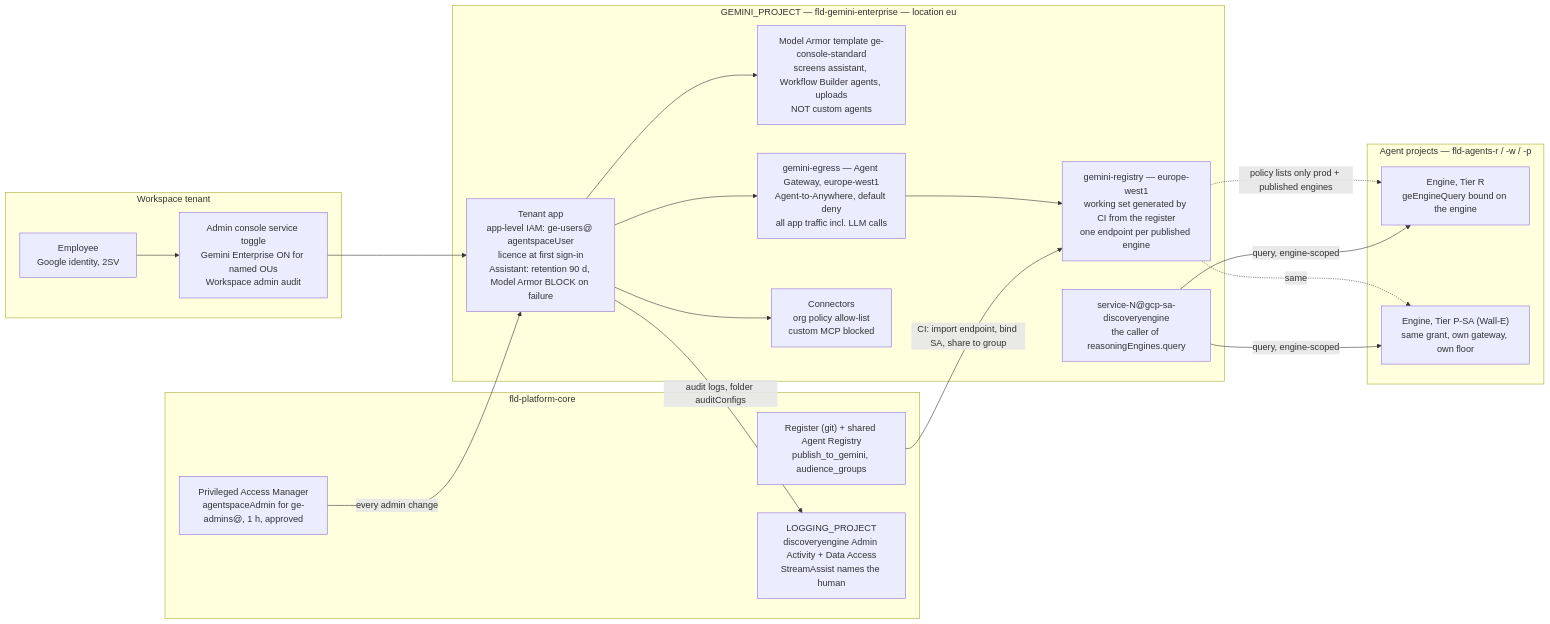
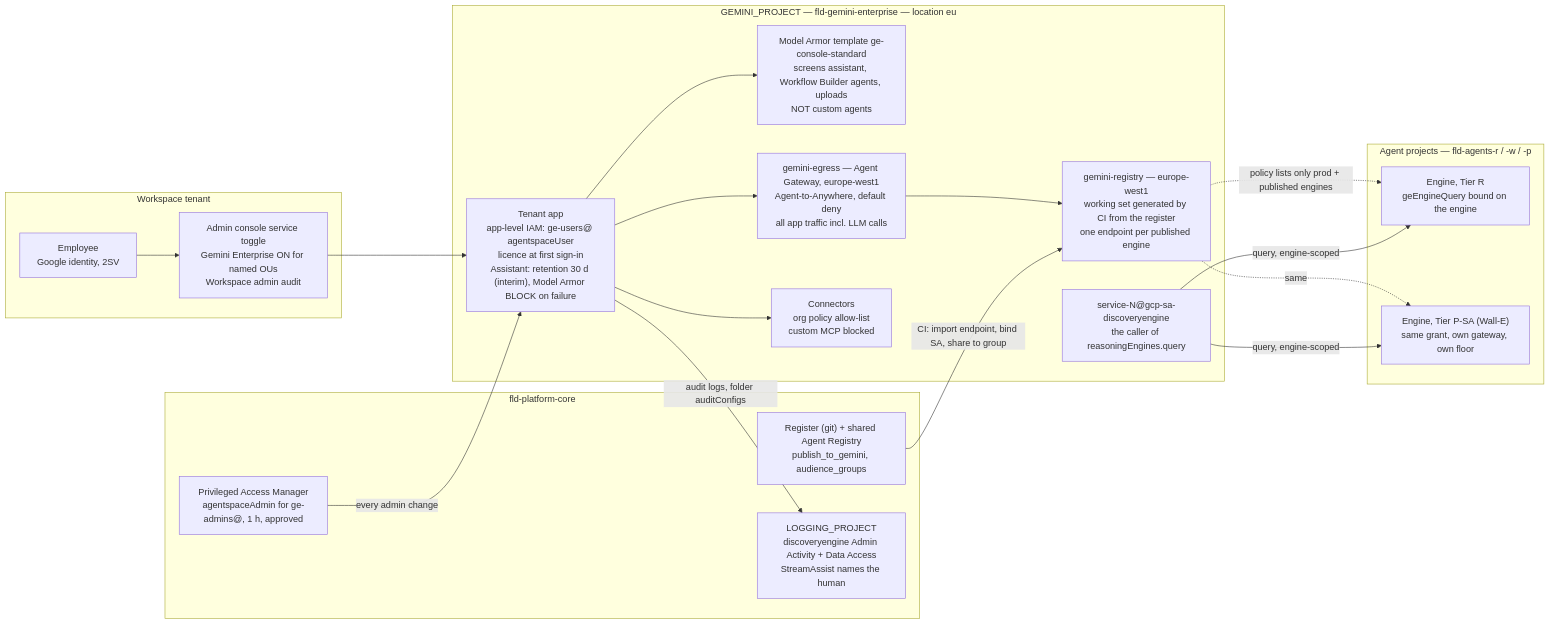
One commit to jsbdfgidsfg/agentic-platform changed the diagram in platform/agentic-platform/03-gemini-enterprise-environment.md. Above: the diagram before and after it, drawn with Mermaid. The commit also changed other lines of this file and 12 other files, not shown here.

````diff
--- a/platform/agentic-platform/03-gemini-enterprise-environment.md
+++ b/platform/agentic-platform/03-gemini-enterprise-environment.md
@@ -55,35 +58,35 @@
 ```mermaid
 flowchart LR
     subgraph WS["Workspace tenant"]
         U["Employee<br/>Google identity, 2SV"]
         OU["Admin console service toggle<br/>Gemini Enterprise ON for named OUs<br/>Workspace admin audit"]
     end
     subgraph GP["GEMINI_PROJECT — fld-gemini-enterprise — location eu"]
-        APP["Tenant app<br/>app-level IAM: ge-users@ agentspaceUser<br/>licence at first sign-in<br/>Assistant: retention 90 d, Model Armor BLOCK on failure"]
+        APP["Tenant app<br/>app-level IAM: ge-users@ agentspaceUser<br/>licence at first sign-in<br/>Assistant: retention 30 d (interim), Model Armor BLOCK on failure"]
         MA["Model Armor template ge-console-standard<br/>screens assistant, Workflow Builder agents, uploads<br/>NOT custom agents"]
         GW["gemini-egress — Agent Gateway, europe-west1<br/>Agent-to-Anywhere, default deny<br/>all app traffic incl. LLM calls"]
         REG["gemini-registry — europe-west1<br/>working set generated by CI from the register<br/>one endpoint per published engine"]
         SA["service-N@gcp-sa-discoveryengine<br/>the caller of reasoningEngines.query"]
         CON["Connectors<br/>org policy allow-list<br/>custom MCP blocked"]
     end
     subgraph AP["Agent projects — fld-agents-r / -w / -p"]
         E1["Engine, Tier R<br/>geEngineQuery bound on the engine"]
         E2["Engine, Tier P-SA (Wall-E)<br/>same grant, own gateway, own floor"]
     end
     subgraph CORE["fld-platform-core"]
         RG["Register (git) + shared Agent Registry<br/>publish_to_gemini, audience_groups"]
         LOG["LOGGING_PROJECT<br/>discoveryengine Admin Activity + Data Access<br/>StreamAssist names the human"]
         PAM["Privileged Access Manager<br/>agentspaceAdmin for ge-admins@, 1 h, approved"]
     end
     U --> OU --> APP
     APP --> MA
     APP --> GW --> REG
     REG -. "policy lists only prod + published engines" .-> E1
     REG -. "same" .-> E2
     SA -- "query, engine-scoped" --> E1
     SA -- "query, engine-scoped" --> E2
     APP --> CON
     RG -- "CI: import endpoint, bind SA, share to group" --> REG
     APP -- "audit logs, folder auditConfigs" --> LOG
     PAM -- "every admin change" --> APP
 ```
````
